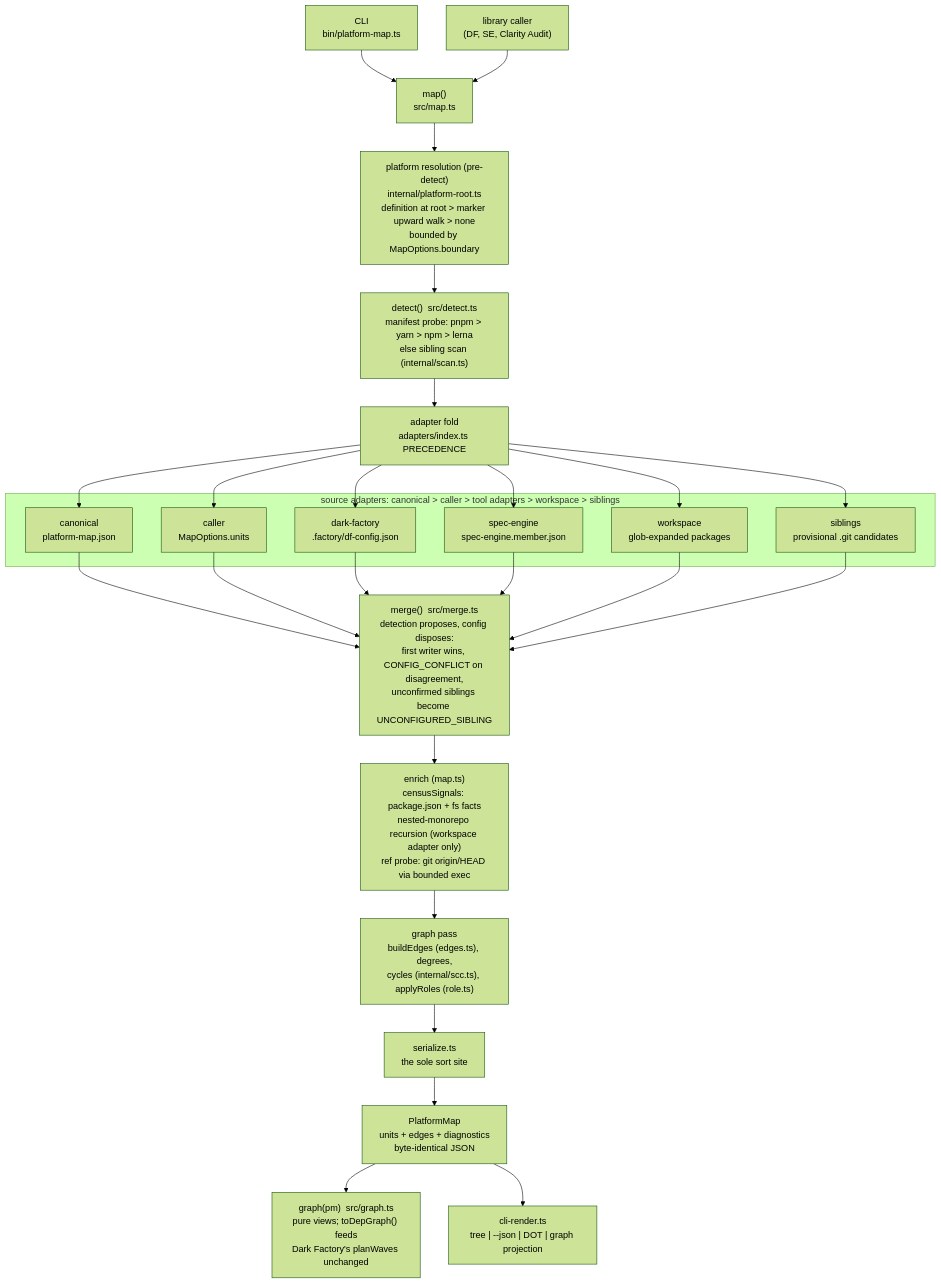
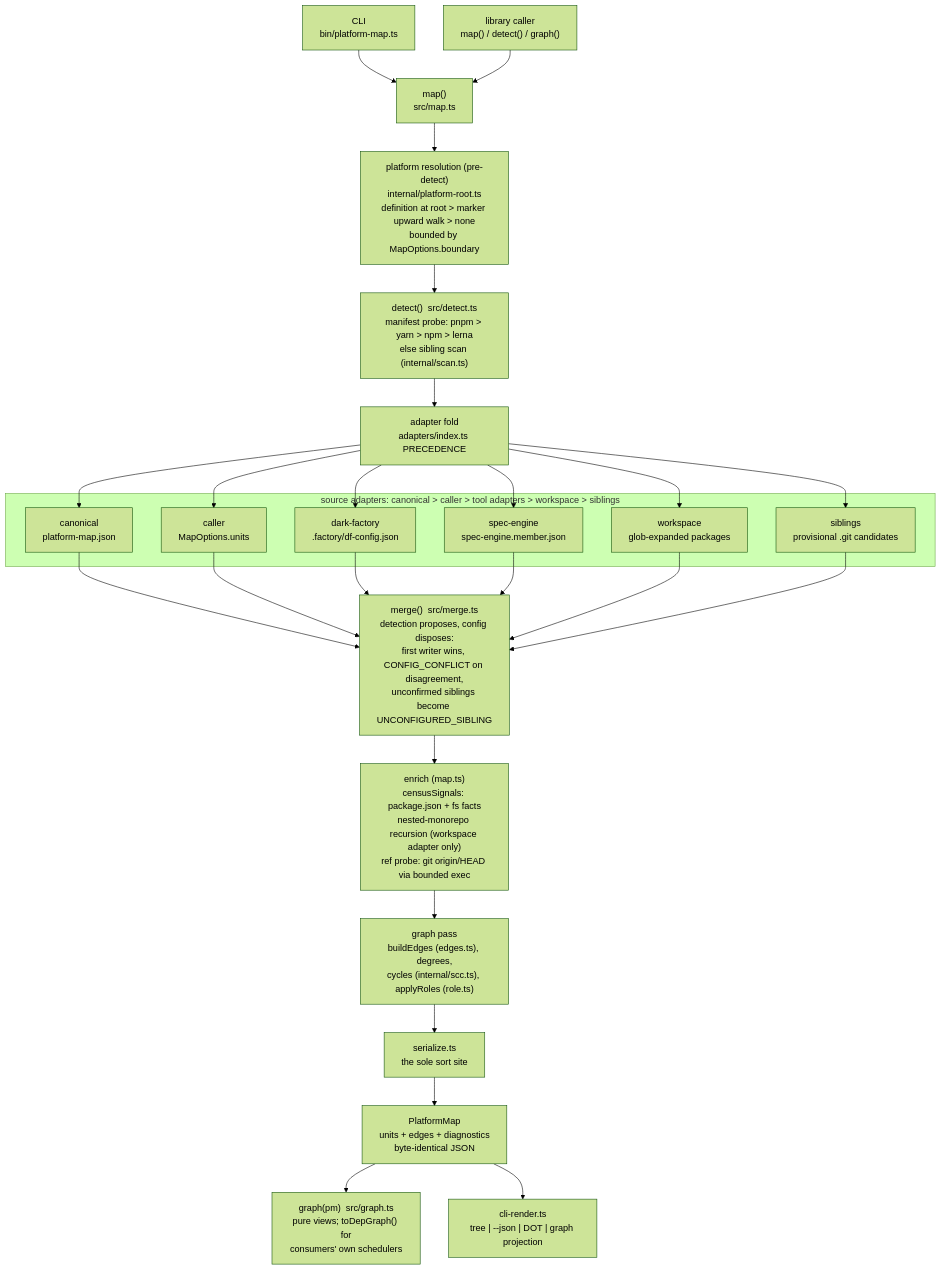
The first of 2 diagrams in docs/architecture.md (spec-engine/platform-map), drawn with Mermaid (forest theme) before and after one commit. The commit also changed other lines of this file and 3 other files, not shown here.

````diff
--- a/docs/architecture.md
+++ b/docs/architecture.md
@@ -16,38 +16,38 @@
 ```mermaid
 flowchart TD
   CLI["CLI<br/>bin/platform-map.ts"] --> MAP
-  LIB["library caller<br/>(DF, SE, Clarity Audit)"] --> MAP
+  LIB["library caller<br/>map() / detect() / graph()"] --> MAP
 
   MAP["map()<br/>src/map.ts"] --> PR["platform resolution (pre-detect)<br/>internal/platform-root.ts<br/>definition at root > marker upward walk > none<br/>bounded by MapOptions.boundary"]
   PR --> DET["detect()  src/detect.ts<br/>manifest probe: pnpm > yarn > npm > lerna<br/>else sibling scan (internal/scan.ts)"]
 
   DET --> FOLD["adapter fold<br/>adapters/index.ts PRECEDENCE"]
 
   subgraph SOURCES ["source adapters: canonical > caller > tool adapters > workspace > siblings"]
     A1["canonical<br/>platform-map.json"]
     A2["caller<br/>MapOptions.units"]
     A3["dark-factory<br/>.factory/df-config.json"]
     A4["spec-engine<br/>spec-engine.member.json"]
     A5["workspace<br/>glob-expanded packages"]
     A6["siblings<br/>provisional .git candidates"]
   end
 
   FOLD --> A1 --> MRG
   FOLD --> A2 --> MRG
   FOLD --> A3 --> MRG
   FOLD --> A4 --> MRG
   FOLD --> A5 --> MRG
   FOLD --> A6 --> MRG
 
   MRG["merge()  src/merge.ts<br/>detection proposes, config disposes:<br/>first writer wins, CONFIG_CONFLICT on disagreement,<br/>unconfirmed siblings become UNCONFIGURED_SIBLING"]
 
   MRG --> ENR["enrich (map.ts)<br/>censusSignals: package.json + fs facts<br/>nested-monorepo recursion (workspace adapter only)<br/>ref probe: git origin/HEAD via bounded exec"]
 
   ENR --> GRP["graph pass<br/>buildEdges (edges.ts), degrees,<br/>cycles (internal/scc.ts), applyRoles (role.ts)"]
 
   GRP --> SER["serialize.ts<br/>the sole sort site"]
   SER --> PM["PlatformMap<br/>units + edges + diagnostics<br/>byte-identical JSON"]
 
-  PM --> GV["graph(pm)  src/graph.ts<br/>pure views; toDepGraph() feeds<br/>Dark Factory's planWaves unchanged"]
+  PM --> GV["graph(pm)  src/graph.ts<br/>pure views; toDepGraph() for<br/>consumers' own schedulers"]
   PM --> REN["cli-render.ts<br/>tree | --json | DOT | graph projection"]
 ```
````
